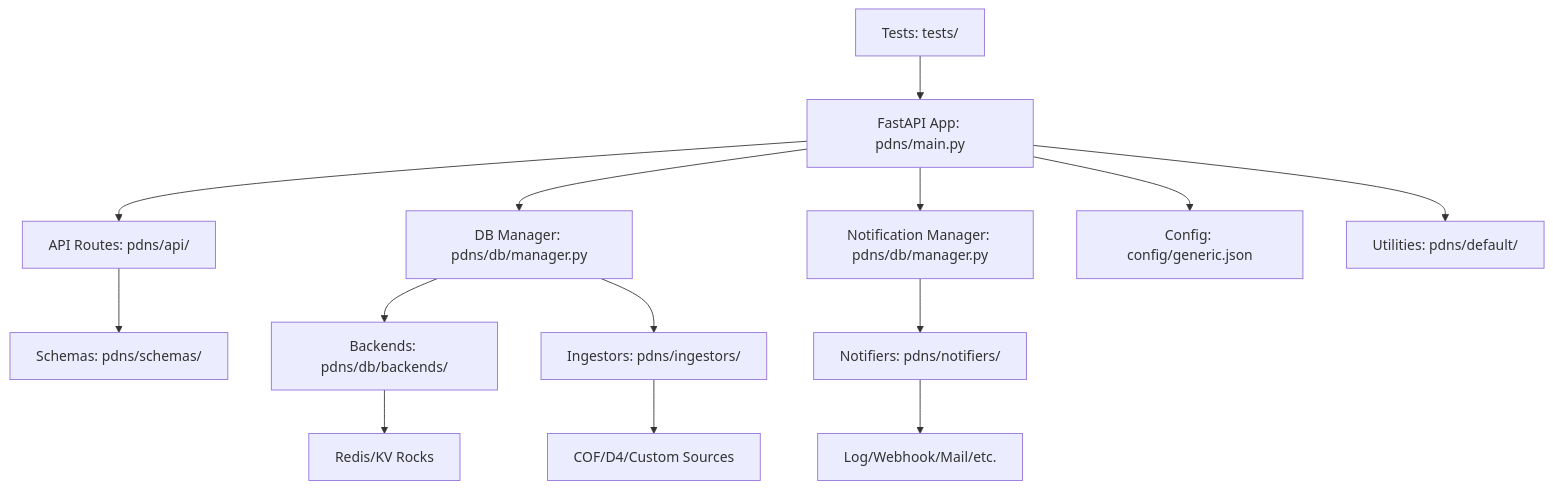
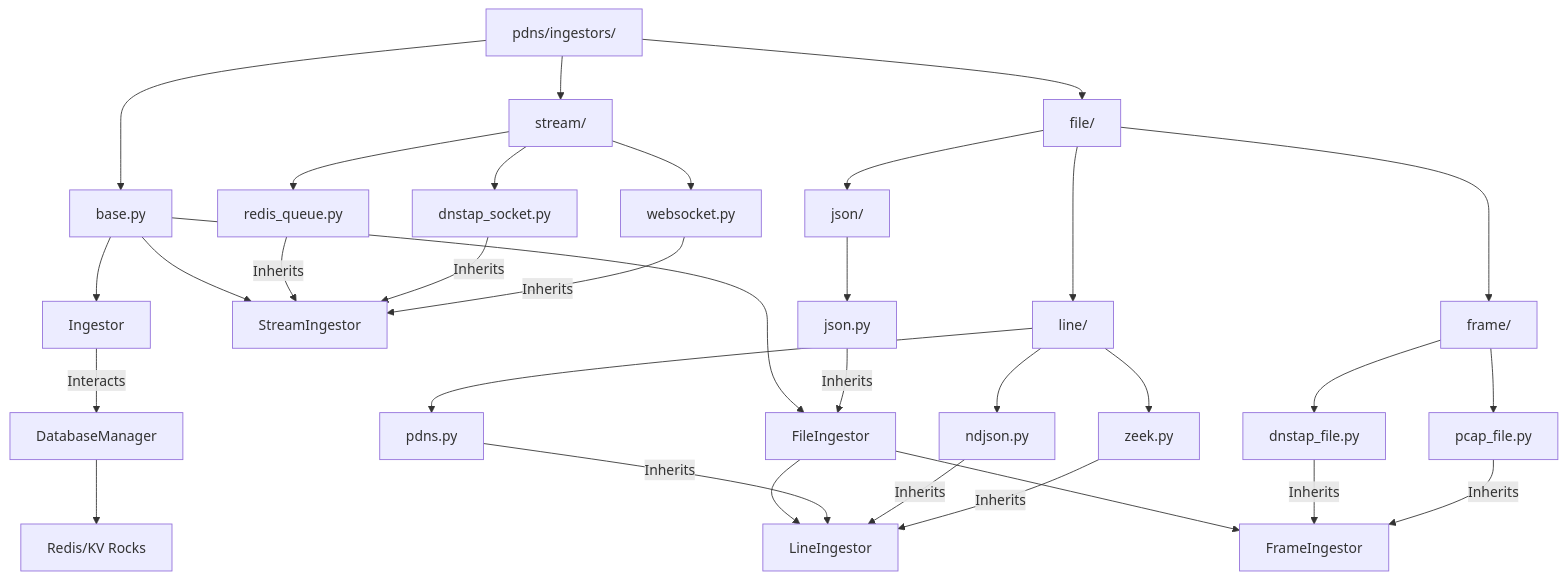
One commit to DocArmoryTech/analyzer-d4-passivedns changed the diagram in docs/dev/codebase-overview.md. Above: the diagram before and after it, drawn with Mermaid. The commit also changed other lines of this file and 2 other files, not shown here.

Commit message:
update overview

````diff
--- a/docs/dev/codebase-overview.md
+++ b/docs/dev/codebase-overview.md
@@ -143,16 +156,34 @@
 ```mermaid
 graph TD
-    A[FastAPI App: pdns/main.py] --> B[API Routes: pdns/api/]
-    A --> C[DB Manager: pdns/db/manager.py]
-    A --> D[Notification Manager: pdns/db/manager.py]
-    B --> E[Schemas: pdns/schemas/]
-    C --> F[Backends: pdns/db/backends/]
-    D --> G[Notifiers: pdns/notifiers/]
-    C --> H[Ingestors: pdns/ingestors/]
-    F --> I[Redis/KV Rocks]
-    G --> J[Log/Webhook/Mail/etc.]
-    H --> K[COF/D4/Custom Sources]
-    A --> L[Config: config/generic.json]
-    A --> M[Utilities: pdns/default/]
-    N[Tests: tests/] --> A
+    A[pdns/ingestors/] --> B[base.py]
+    A --> C[file/]
+    A --> D[stream/]
+    B --> E[Ingestor]
+    B --> F[FileIngestor]
+    B --> G[StreamIngestor]
+    F --> H[LineIngestor]
+    F --> I[FrameIngestor]
+    C --> J[line/]
+    C --> K[json/]
+    C --> L[frame/]
+    J --> M[pdns.py]
+    J --> N[ndjson.py]
+    J --> O[zeek.py]
+    K --> P[json.py]
+    L --> Q[dnstap_file.py]
+    L --> R[pcap_file.py]
+    D --> S[redis_queue.py]
+    D --> T[dnstap_socket.py]
+    D --> U[websocket.py]
+    M -->|Inherits| H
+    N -->|Inherits| H
+    O -->|Inherits| H
+    P -->|Inherits| F
+    Q -->|Inherits| I
+    R -->|Inherits| I
+    S -->|Inherits| G
+    T -->|Inherits| G
+    U -->|Inherits| G
+    E -->|Interacts| V[DatabaseManager]
+    V --> W[Redis/KV Rocks]
 ```
````
